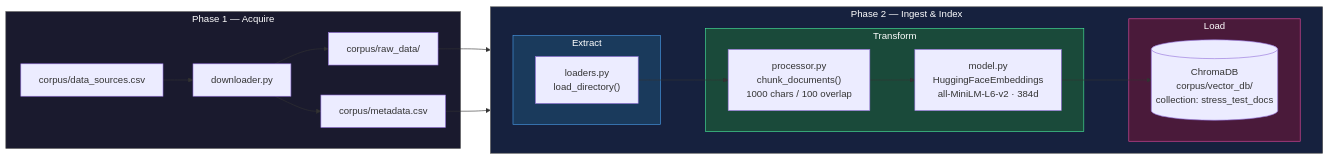
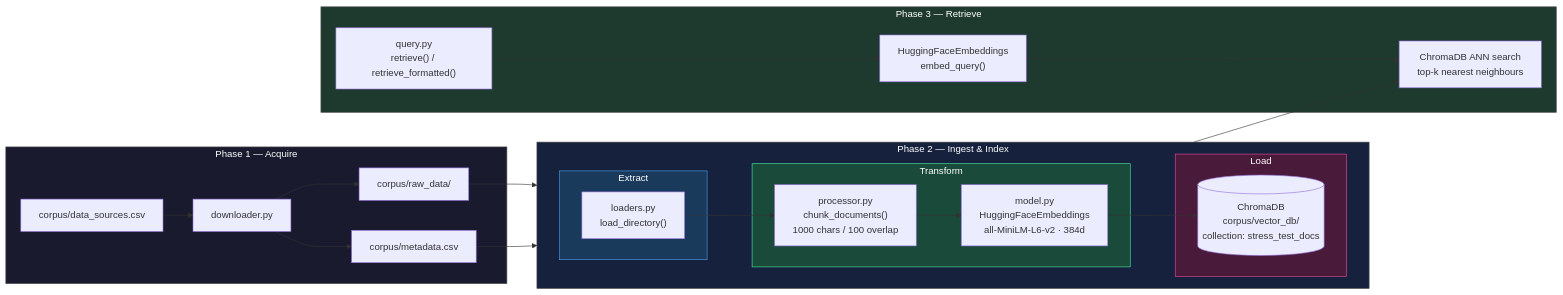
Before and after one commit to garthmortensen/rag_v1: the first of 3 diagrams in docs/architecture.md, drawn with Mermaid. The commit also changed other lines of this file and 3 other files, not shown here.

````diff
--- a/docs/architecture.md
+++ b/docs/architecture.md
@@ -31,40 +34,50 @@
 ```mermaid
 graph LR
     subgraph Phase1["Phase 1 — Acquire"]
         CSV["corpus/data_sources.csv"]
         DL["downloader.py"]
         RAW["corpus/raw_data/"]
         META["corpus/metadata.csv"]
 
         CSV --> DL
         DL --> RAW
         DL --> META
     end
 
     subgraph Phase2["Phase 2 — Ingest & Index"]
         direction LR
         subgraph Extract
             LOAD["loaders.py<br/>load_directory()"]
         end
 
         subgraph Transform
             CHUNK["processor.py<br/>chunk_documents()<br/>1000 chars / 100 overlap"]
             EMBED["model.py<br/>HuggingFaceEmbeddings<br/>all-MiniLM-L6-v2 · 384d"]
         end
 
         subgraph Load
             CHROMA[("ChromaDB<br/>corpus/vector_db/<br/>collection: stress_test_docs")]
         end
 
         LOAD --> CHUNK --> EMBED --> CHROMA
     end
 
+    subgraph Phase3["Phase 3 — Retrieve"]
+        QUERY["query.py<br/>retrieve() / retrieve_formatted()"]
+        SEMBED["HuggingFaceEmbeddings<br/>embed_query()"]
+        ANN["ChromaDB ANN search<br/>top-k nearest neighbours"]
+
+        QUERY --> SEMBED --> ANN
+    end
+
     RAW --> LOAD
     META --> EMBED
+    CHROMA --> ANN
 
     style Phase1 fill:#1a1a2e,stroke:#555,color:#fff
     style Phase2 fill:#16213e,stroke:#555,color:#fff
+    style Phase3 fill:#1e3a2e,stroke:#555,color:#fff
     style Extract fill:#1a3a5c,stroke:#4a9eed,color:#fff
     style Transform fill:#1a4a3a,stroke:#4aed9e,color:#fff
     style Load fill:#4a1a3a,stroke:#ed4a9e,color:#fff
 ```
````
